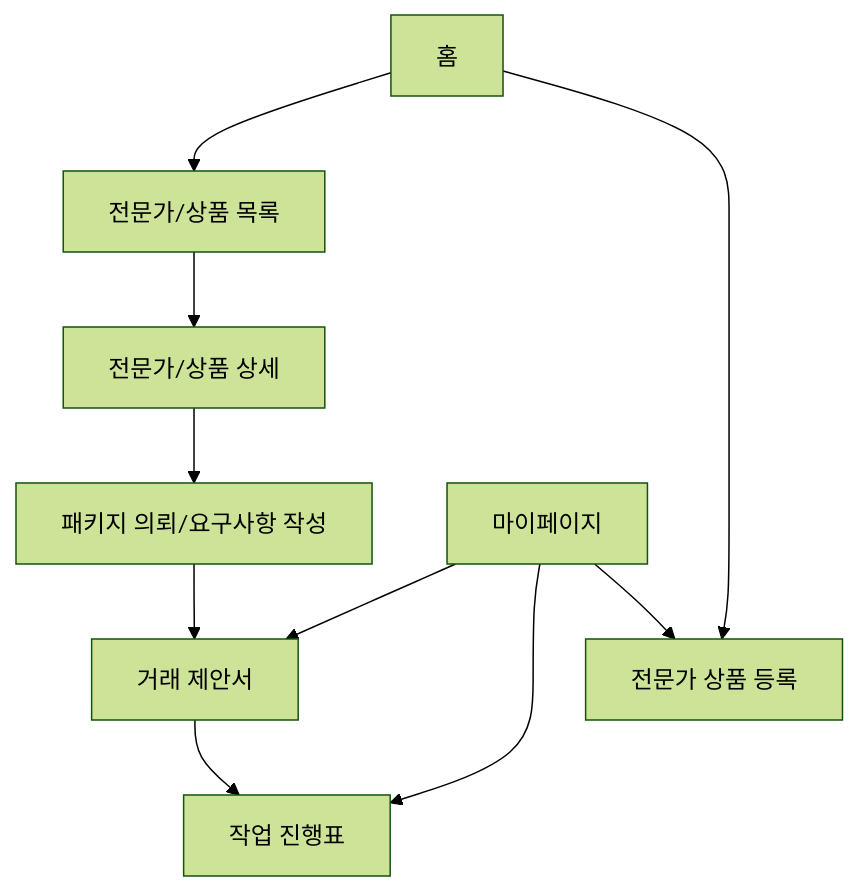
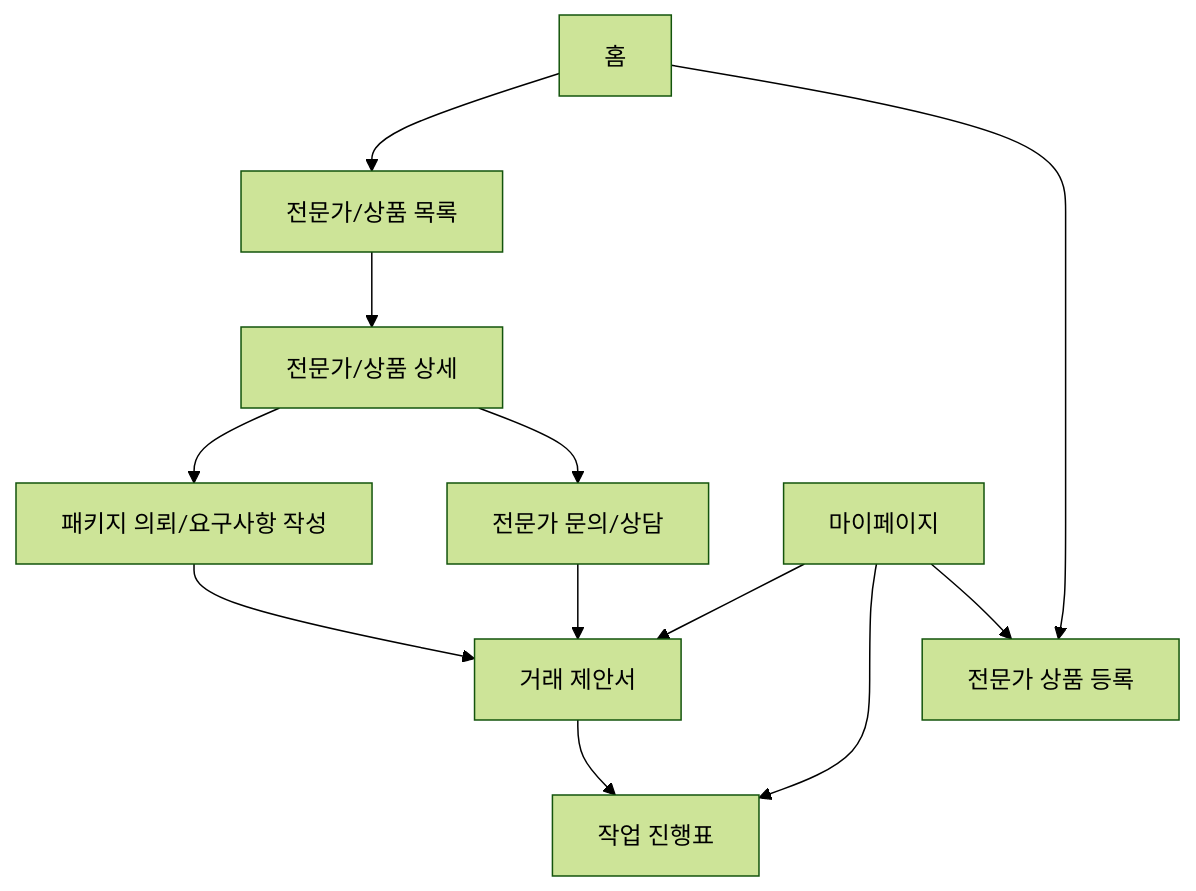
One commit to hansokchun/AImaker changed the first of 2 diagrams in Architecture.md. Above: the diagram before and after it, drawn with Mermaid (forest theme). The commit also changed other lines of this file and 8 other files, not shown here.

Commit message:
docs: add consultation-based transaction flow

````diff
--- a/Architecture.md
+++ b/Architecture.md
@@ -37,21 +37,24 @@
 ```mermaid
 flowchart TD
   Home["홈"]
   Category["전문가/상품 목록"]
   Detail["전문가/상품 상세"]
   Request["패키지 의뢰/요구사항 작성"]
+  Consultation["전문가 문의/상담"]
   Proposal["거래 제안서"]
   Workroom["작업 진행표"]
   ProductForm["전문가 상품 등록"]
   MyPage["마이페이지"]
 
   Home --> Category
   Home --> ProductForm
   Category --> Detail
   Detail --> Request
+  Detail --> Consultation
   Request --> Proposal
+  Consultation --> Proposal
   Proposal --> Workroom
   MyPage --> Proposal
   MyPage --> Workroom
   MyPage --> ProductForm
 ```
````
